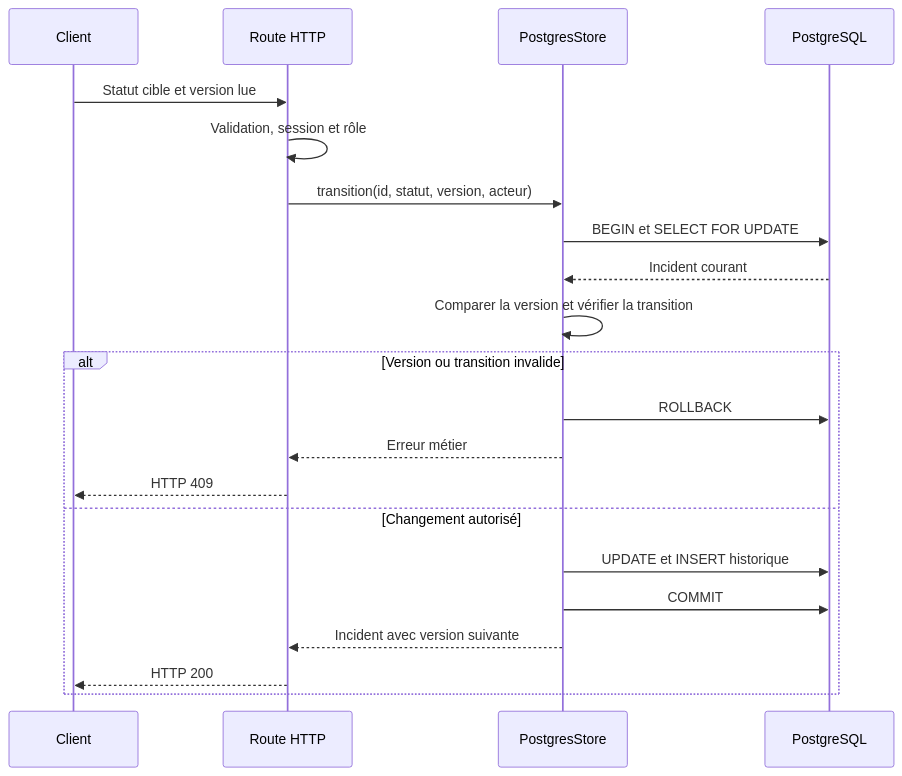
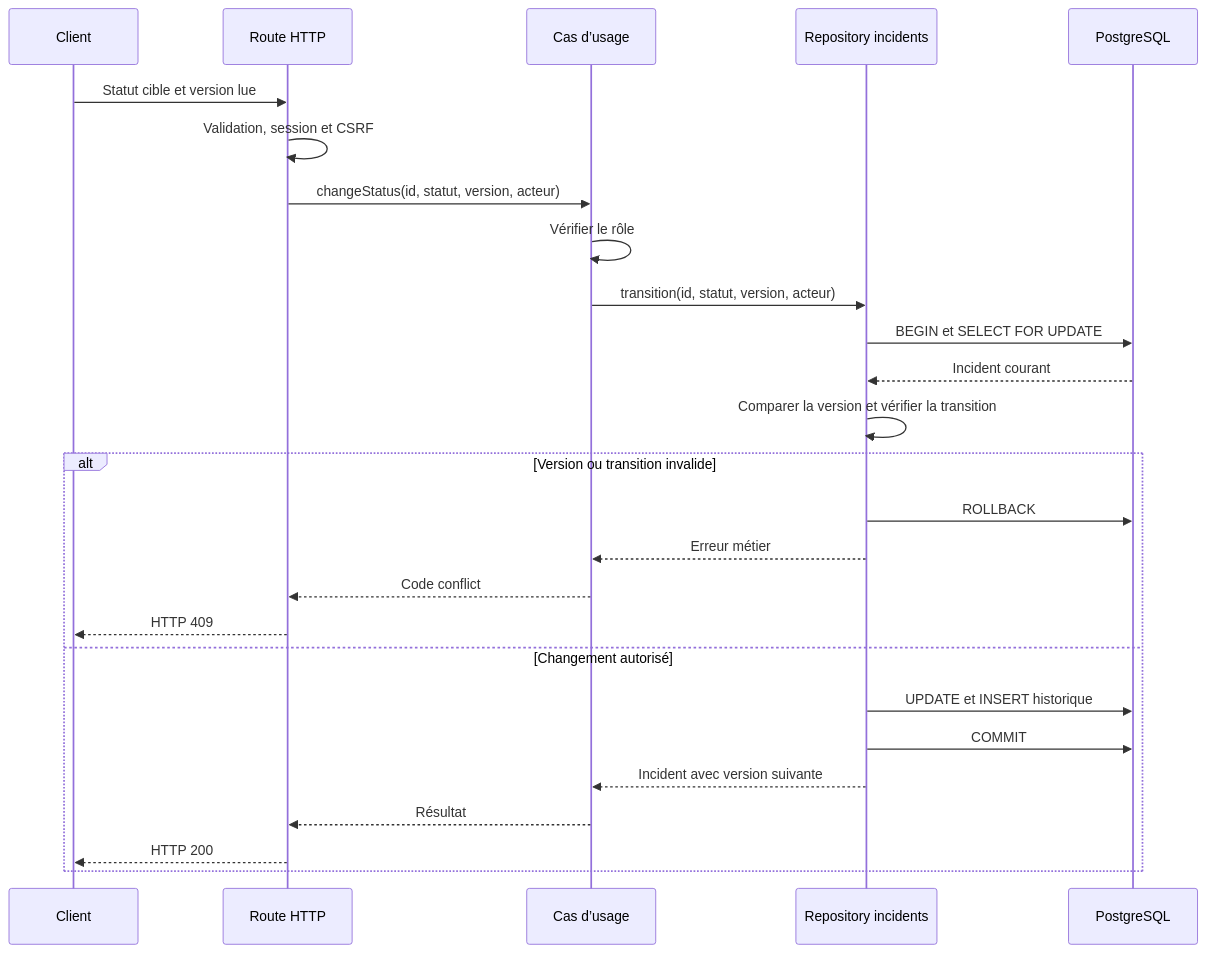
The second of 3 diagrams in docs/architecture.md (anunca/incident-desk), drawn with Mermaid before and after one commit. The commit also changed other lines of this file and 35 other files, not shown here.

````diff
--- a/docs/architecture.md
+++ b/docs/architecture.md
@@ -65,23 +69,28 @@
 ```mermaid
 sequenceDiagram
     participant C as Client
     participant H as Route HTTP
-    participant S as PostgresStore
+    participant A as Cas d’usage
+    participant S as Repository incidents
     participant P as PostgreSQL
     C->>H: Statut cible et version lue
-    H->>H: Validation, session et rôle
-    H->>S: transition(id, statut, version, acteur)
+    H->>H: Validation, session et CSRF
+    H->>A: changeStatus(id, statut, version, acteur)
+    A->>A: Vérifier le rôle
+    A->>S: transition(id, statut, version, acteur)
     S->>P: BEGIN et SELECT FOR UPDATE
     P-->>S: Incident courant
     S->>S: Comparer la version et vérifier la transition
     alt Version ou transition invalide
         S->>P: ROLLBACK
-        S-->>H: Erreur métier
+        S-->>A: Erreur métier
+        A-->>H: Code conflict
         H-->>C: HTTP 409
     else Changement autorisé
         S->>P: UPDATE et INSERT historique
         S->>P: COMMIT
-        S-->>H: Incident avec version suivante
+        S-->>A: Incident avec version suivante
+        A-->>H: Résultat
         H-->>C: HTTP 200
     end
 ```
````
